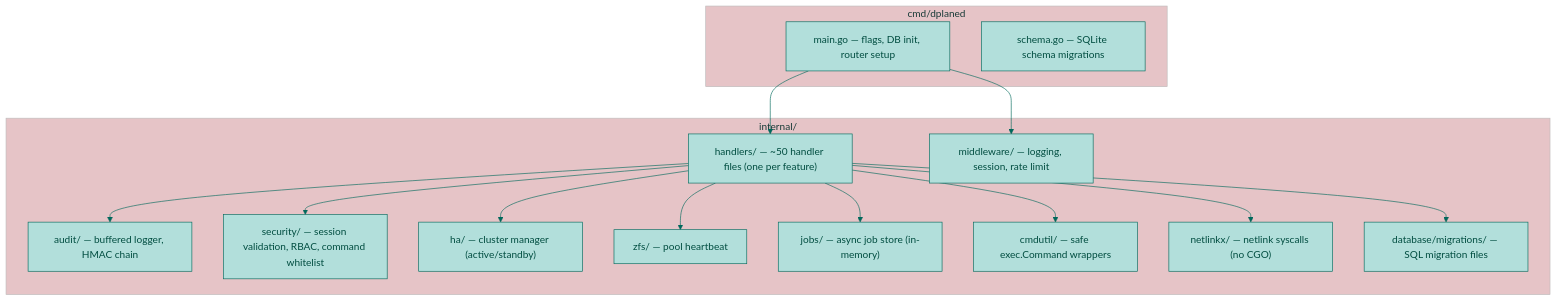
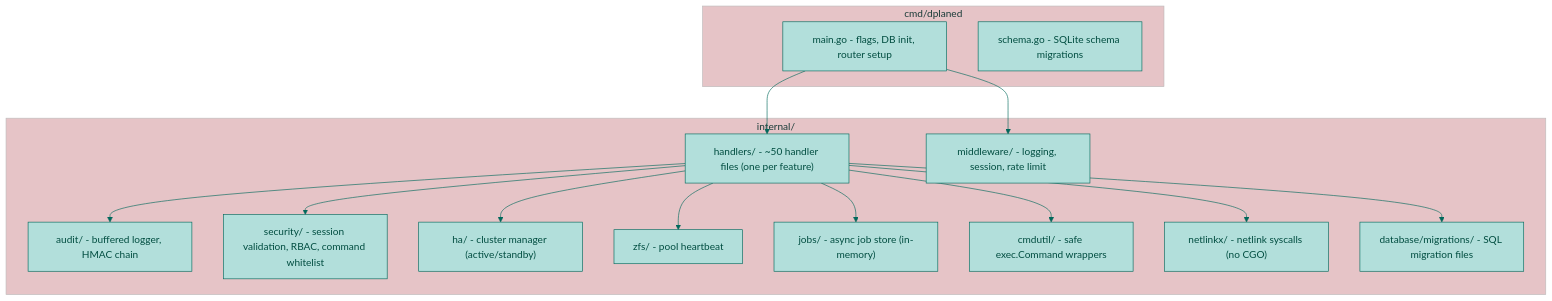
Before and after one commit to 4nonX/DPlaneOS: the second of 6 diagrams in docs/development/CODEBASE-DIAGRAM.md, drawn with Mermaid. The commit also changed other lines of this file and 215 other files, not shown here.

````diff
--- a/docs/development/CODEBASE-DIAGRAM.md
+++ b/docs/development/CODEBASE-DIAGRAM.md
@@ -44,32 +44,32 @@
 ```mermaid
 %%{init: {'theme':'base', 'themeVariables': { 'primaryColor':'#b2dfdb', 'primaryTextColor':'#004d40', 'primaryBorderColor':'#00695c', 'lineColor':'#00695c', 'secondaryColor':'#e0f2f1' }}}%%
 flowchart TB
     subgraph cmd["cmd/dplaned"]
-        main["main.go — flags, DB init, router setup"]
-        schema["schema.go — SQLite schema migrations"]
+        main["main.go - flags, DB init, router setup"]
+        schema["schema.go - SQLite schema migrations"]
     end
 
     subgraph internal["internal/"]
-        handlers["handlers/ — ~50 handler files (one per feature)"]
-        middleware["middleware/ — logging, session, rate limit"]
-        audit["audit/ — buffered logger, HMAC chain"]
-        security["security/ — session validation, RBAC, command whitelist"]
-        ha["ha/ — cluster manager (active/standby)"]
-        zfs_pkg["zfs/ — pool heartbeat"]
-        jobs["jobs/ — async job store (in-memory)"]
-        cmdutil["cmdutil/ — safe exec.Command wrappers"]
-        netlinkx["netlinkx/ — netlink syscalls (no CGO)"]
-        database["database/migrations/ — SQL migration files"]
+        handlers["handlers/ - ~50 handler files (one per feature)"]
+        middleware["middleware/ - logging, session, rate limit"]
+        audit["audit/ - buffered logger, HMAC chain"]
+        security["security/ - session validation, RBAC, command whitelist"]
+        ha["ha/ - cluster manager (active/standby)"]
+        zfs_pkg["zfs/ - pool heartbeat"]
+        jobs["jobs/ - async job store (in-memory)"]
+        cmdutil["cmdutil/ - safe exec.Command wrappers"]
+        netlinkx["netlinkx/ - netlink syscalls (no CGO)"]
+        database["database/migrations/ - SQL migration files"]
     end
 
     main --> handlers
     main --> middleware
     handlers --> audit
     handlers --> security
     handlers --> cmdutil
     handlers --> jobs
     handlers --> netlinkx
     handlers --> database
     handlers --> ha
     handlers --> zfs_pkg
 ```
````
